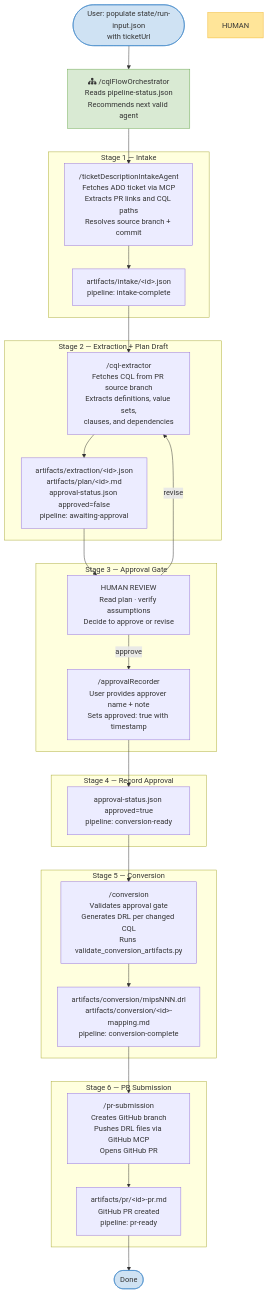
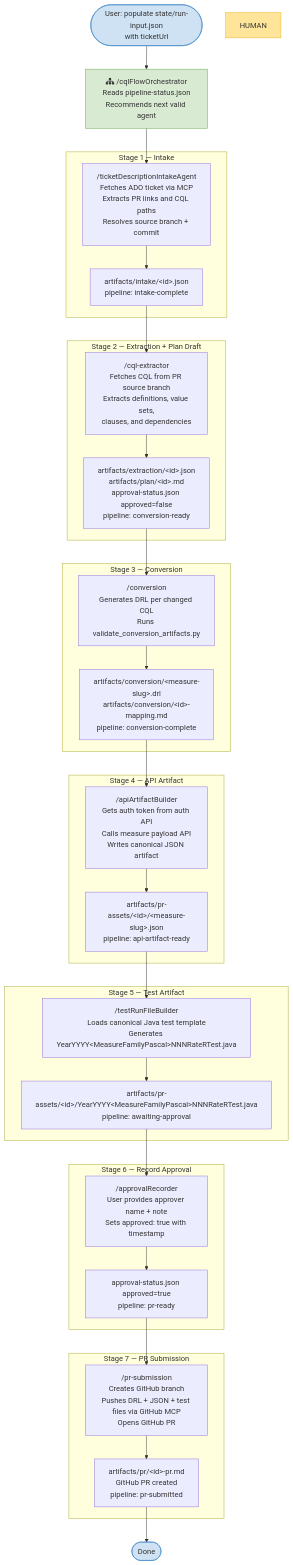
Before and after one commit to TriptiMandhyan/cql-to-drl-conversion: the diagram in docs/architecture.md, drawn with Mermaid. The commit also changed other lines of this file and 43 other files, not shown here.

Commit message:
Added two new agents for PR creation, fetching test json

````diff
--- a/docs/architecture.md
+++ b/docs/architecture.md
@@ -50,54 +52,62 @@
 ```mermaid
 flowchart TD
     START(["User: populate state/run-input.json\nwith ticketUrl"])
     START --> O
 
     O["fa:fa-sitemap /cqlFlowOrchestrator\nReads pipeline-status.json\nRecommends next valid agent"]
     O --> A
 
     subgraph STAGE1["Stage 1 — Intake"]
         A["/ticketDescriptionIntakeAgent\nFetches ADO ticket via MCP\nExtracts PR links and CQL paths\nResolves source branch + commit"]
         A --> A_OUT["artifacts/intake/&lt;id&gt;.json\npipeline: intake-complete"]
     end
 
     A_OUT --> B
 
     subgraph STAGE2["Stage 2 — Extraction + Plan Draft"]
         B["/cql-extractor\nFetches CQL from PR source branch\nExtracts definitions, value sets,\nclauses, and dependencies"]
-        B --> B_OUT["artifacts/extraction/&lt;id&gt;.json\nartifacts/plan/&lt;id&gt;.md\napproval-status.json approved=false\npipeline: awaiting-approval"]
+        B --> B_OUT["artifacts/extraction/&lt;id&gt;.json\nartifacts/plan/&lt;id&gt;.md\napproval-status.json approved=false\npipeline: conversion-ready"]
     end
 
     B_OUT --> C
 
-    subgraph STAGE3["Stage 3 — Approval Gate"]
-        C["HUMAN REVIEW\nRead plan · verify assumptions\nDecide to approve or revise"]
-        C -->|"approve"| D
-        C -->|"revise"| B
+    subgraph STAGE3["Stage 3 — Conversion"]
+        C["/conversion\nGenerates DRL per changed CQL\nRuns validate_conversion_artifacts.py"]
+        C --> C_OUT["artifacts/conversion/&lt;measure-slug&gt;.drl\nartifacts/conversion/&lt;id&gt;-mapping.md\npipeline: conversion-complete"]
     end
 
-    subgraph STAGE4["Stage 4 — Record Approval"]
-        D["/approvalRecorder\nUser provides approver name + note\nSets approved: true with timestamp"]
-        D --> D_OUT["approval-status.json approved=true\npipeline: conversion-ready"]
+    C_OUT --> D
+
+    subgraph STAGE4["Stage 4 — API Artifact"]
+        D["/apiArtifactBuilder\nGets auth token from auth API\nCalls measure payload API\nWrites canonical JSON artifact"]
+        D --> D_OUT["artifacts/pr-assets/&lt;id&gt;/&lt;measure-slug&gt;.json\npipeline: api-artifact-ready"]
     end
 
     D_OUT --> E
 
-    subgraph STAGE5["Stage 5 — Conversion"]
-        E["/conversion\nValidates approval gate\nGenerates DRL per changed CQL\nRuns validate_conversion_artifacts.py"]
-        E --> E_OUT["artifacts/conversion/mipsNNN.drl\nartifacts/conversion/&lt;id&gt;-mapping.md\npipeline: conversion-complete"]
+    subgraph STAGE5["Stage 5 — Test Artifact"]
+        E["/testRunFileBuilder\nLoads canonical Java test template\nGenerates YearYYYY&lt;MeasureFamilyPascal&gt;NNNRateRTest.java"]
+        E --> E_OUT["artifacts/pr-assets/&lt;id&gt;/YearYYYY&lt;MeasureFamilyPascal&gt;NNNRateRTest.java\npipeline: awaiting-approval"]
     end
 
     E_OUT --> F
 
-    subgraph STAGE6["Stage 6 — PR Submission"]
-        F["/pr-submission\nCreates GitHub branch\nPushes DRL files via GitHub MCP\nOpens GitHub PR"]
-        F --> F_OUT["artifacts/pr/&lt;id&gt;-pr.md\nGitHub PR created\npipeline: pr-ready"]
+    subgraph STAGE6["Stage 6 — Record Approval"]
+        F["/approvalRecorder\nUser provides approver name + note\nSets approved: true with timestamp"]
+        F --> F_OUT["approval-status.json approved=true\npipeline: pr-ready"]
     end
 
-    F_OUT --> DONE(["Done"])
+    F_OUT --> G
+
+    subgraph STAGE7["Stage 7 — PR Submission"]
+        G["/pr-submission\nCreates GitHub branch\nPushes DRL + JSON + test files via GitHub MCP\nOpens GitHub PR"]
+        G --> G_OUT["artifacts/pr/&lt;id&gt;-pr.md\nGitHub PR created\npipeline: pr-submitted"]
+    end
+
+    G_OUT --> DONE(["Done"])
 
     style HUMAN fill:#ffe599,stroke:#f0b429,color:#333
     style O fill:#d9ead3,stroke:#6aa84f
     style START fill:#cfe2f3,stroke:#3d85c8
     style DONE fill:#cfe2f3,stroke:#3d85c8
 ```
````
